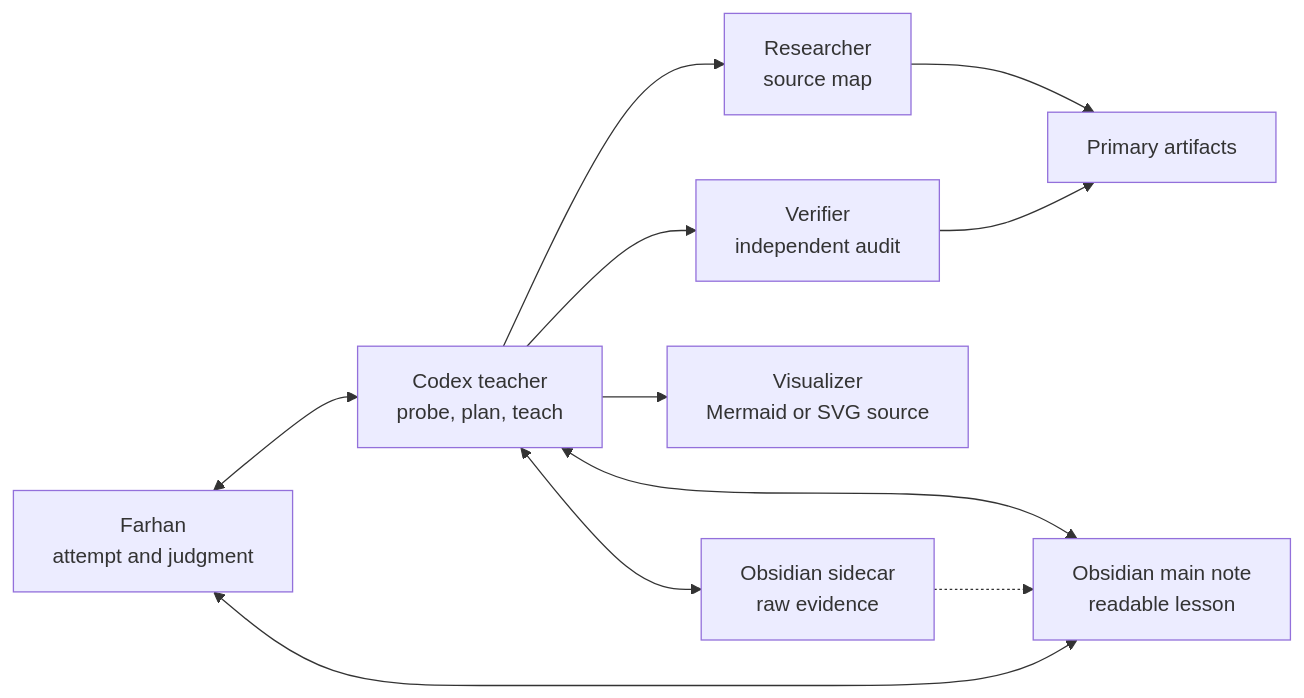
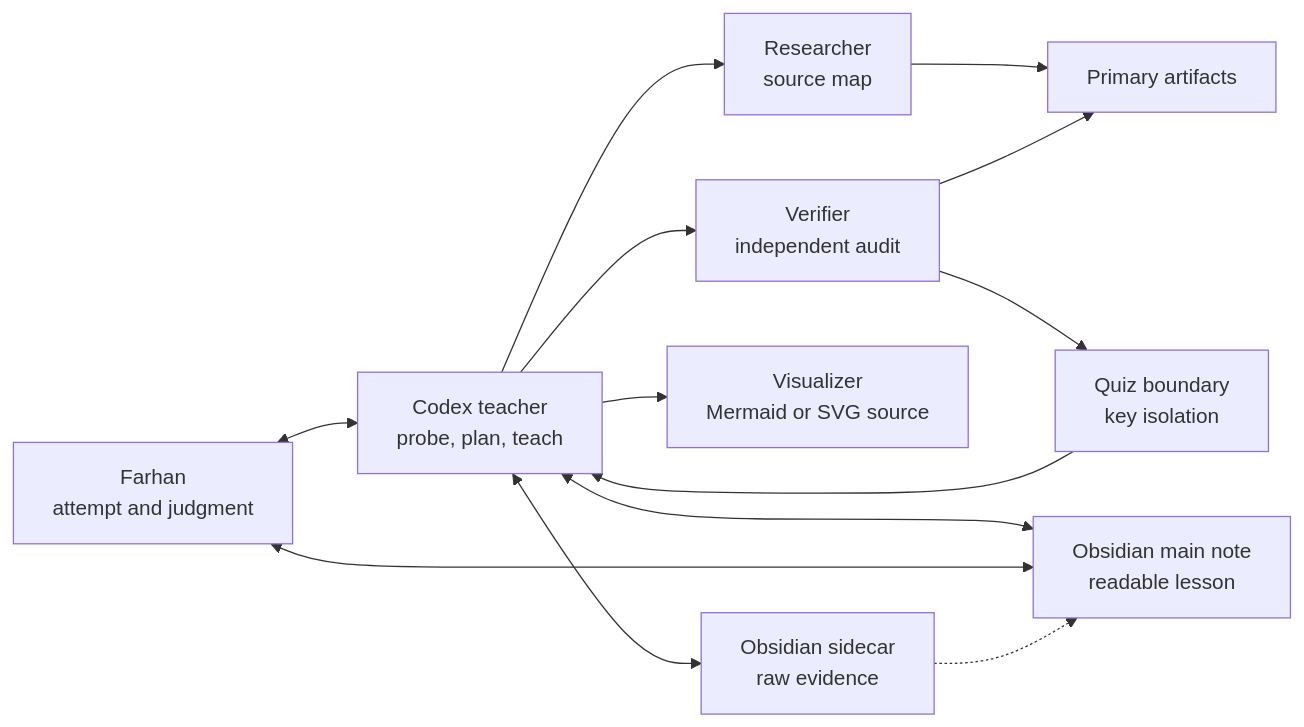
The diagram in Codex Learning System.md (siddikumich/adaptive-learning-system), drawn with Mermaid before and after one commit. The commit also changed other lines of this file and 36 other files, not shown here.

````diff
--- a/Codex Learning System.md
+++ b/Codex Learning System.md
@@ -44,13 +44,15 @@
 ```mermaid
 flowchart LR
   F[Farhan<br/>attempt and judgment] <--> T[Codex teacher<br/>probe, plan, teach]
   T --> R[Researcher<br/>source map]
   T --> V[Verifier<br/>independent audit]
+  V --> Q[Quiz boundary<br/>key isolation]
+  Q --> T
   R --> S[Primary artifacts]
   V --> S
   T --> G[Visualizer<br/>Mermaid or SVG source]
   T <--> O[Obsidian main note<br/>readable lesson]
   T <--> L[Obsidian sidecar<br/>raw evidence]
   F <--> O
   L -.-> O
 ```
````
